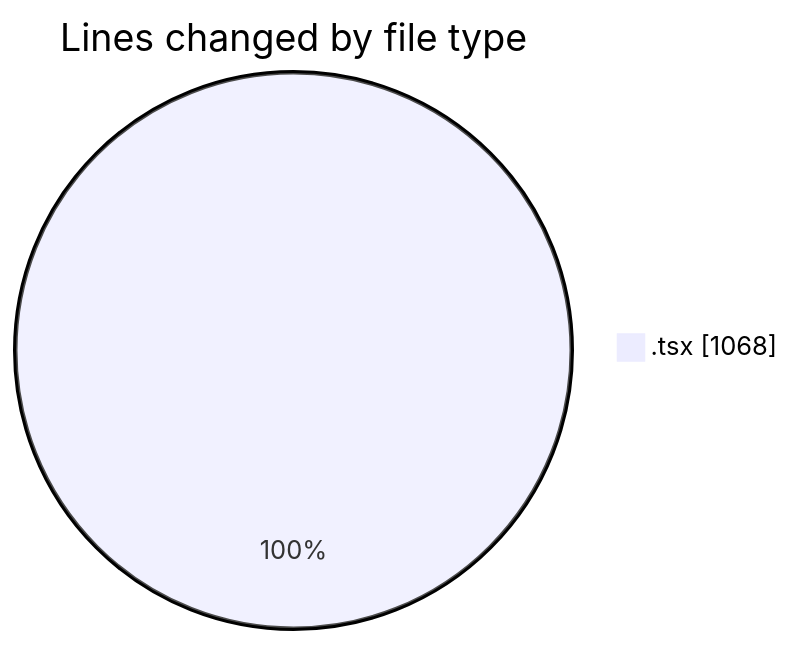
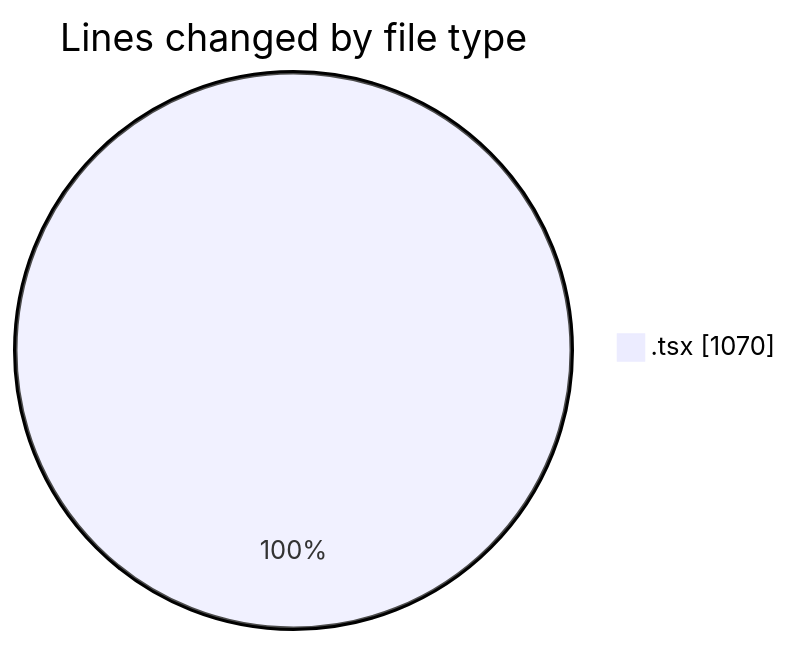
The first of 2 diagrams in 2026-06-12/nxtqube_webapp/README.md (nxtqubesakshisongat/code-tracking), drawn with Mermaid before and after one commit. The commit also changed other lines of this file and 1 other file, not shown here.

````diff
--- a/2026-06-12/nxtqube_webapp/README.md
+++ b/2026-06-12/nxtqube_webapp/README.md
@@ -22,5 +22,5 @@
 ```mermaid
 pie showData
 title Lines changed by file type
-".tsx" : 1068
+".tsx" : 1070
 ```
````
